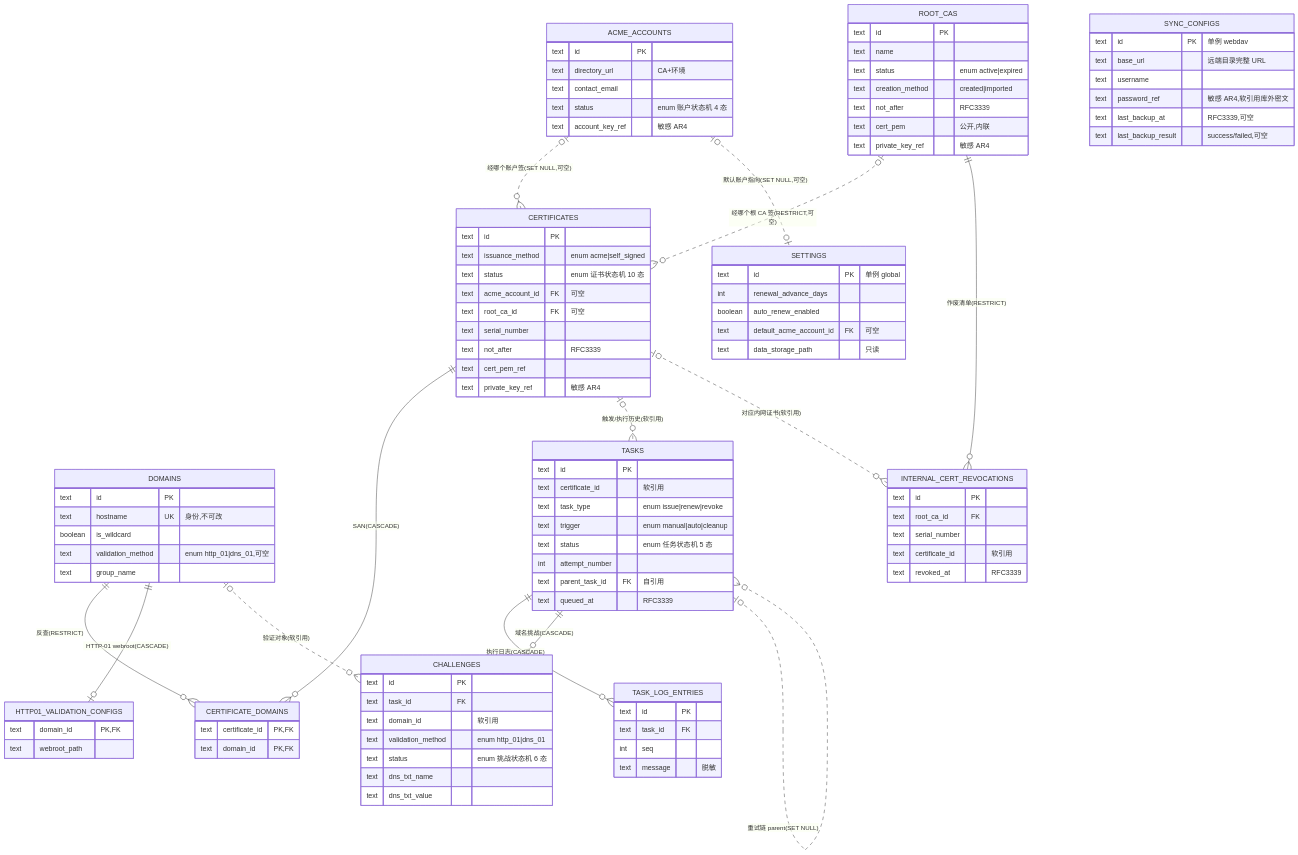
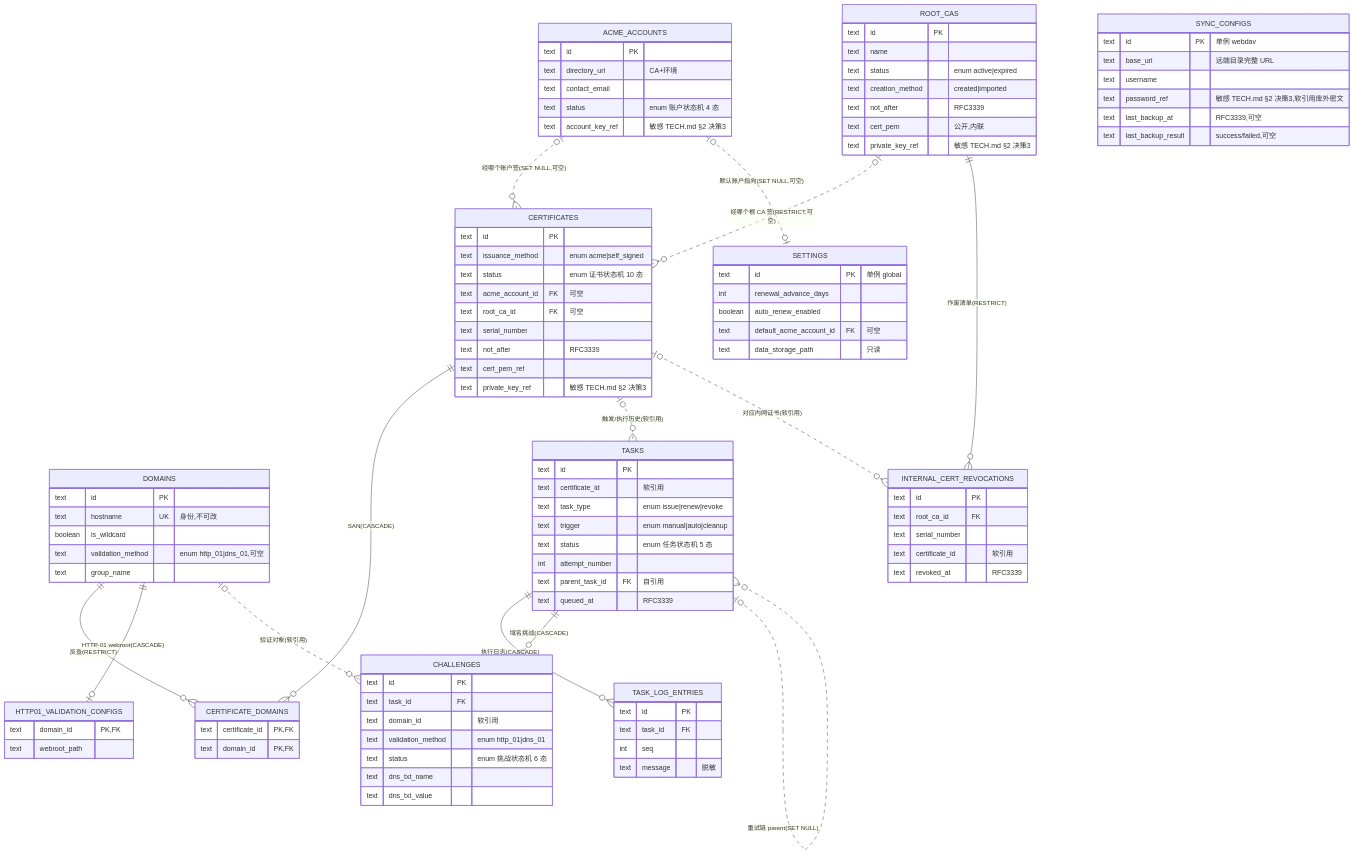
Before and after one commit to nvrenshiren/autohttps: the diagram in docs/architecture/database/_overview.md, drawn with Mermaid. The commit also changed other lines of this file and 76 other files, not shown here.

```diff
--- a/docs/architecture/database/_overview.md
+++ b/docs/architecture/database/_overview.md
@@ -68,7 +68,7 @@
         text serial_number
         text not_after "RFC3339"
         text cert_pem_ref
-        text private_key_ref "敏感 AR4"
+        text private_key_ref "敏感 TECH.md §2 决策3"
     }
     CERTIFICATE_DOMAINS {
         text certificate_id PK,FK
@@ -86,7 +86,7 @@
         text directory_url "CA+环境"
         text contact_email
         text status "enum 账户状态机 4 态"
-        text account_key_ref "敏感 AR4"
+        text account_key_ref "敏感 TECH.md §2 决策3"
     }
     HTTP01_VALIDATION_CONFIGS {
         text domain_id PK,FK
@@ -108,7 +108,7 @@
         text creation_method "created|imported"
         text not_after "RFC3339"
         text cert_pem "公开,内联"
-        text private_key_ref "敏感 AR4"
+        text private_key_ref "敏感 TECH.md §2 决策3"
     }
     INTERNAL_CERT_REVOCATIONS {
         text id PK
@@ -144,7 +144,7 @@
         text id PK "单例 webdav"
         text base_url "远端目录完整 URL"
         text username
-        text password_ref "敏感 AR4,软引用库外密文"
+        text password_ref "敏感 TECH.md §2 决策3,软引用库外密文"
         text last_backup_at "RFC3339,可空"
         text last_backup_result "success/failed,可空"
     }
```
